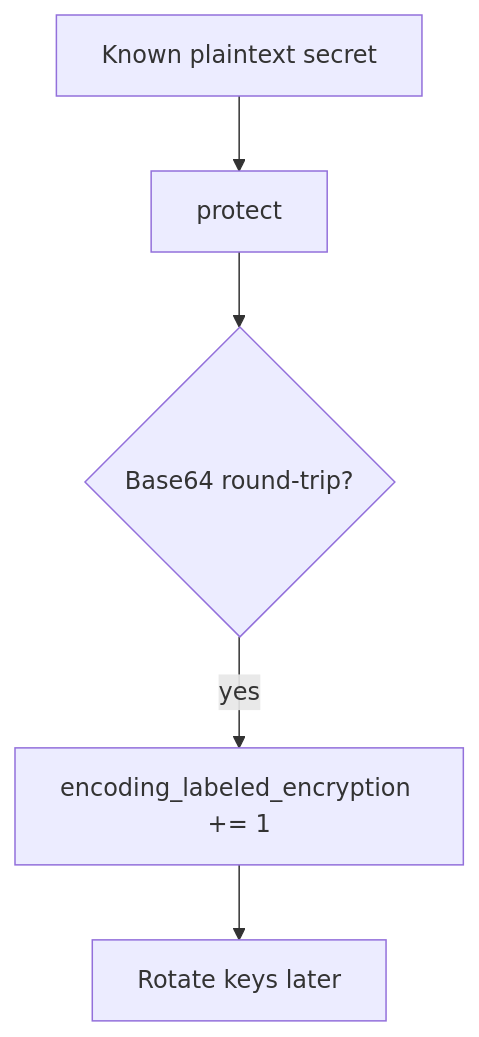
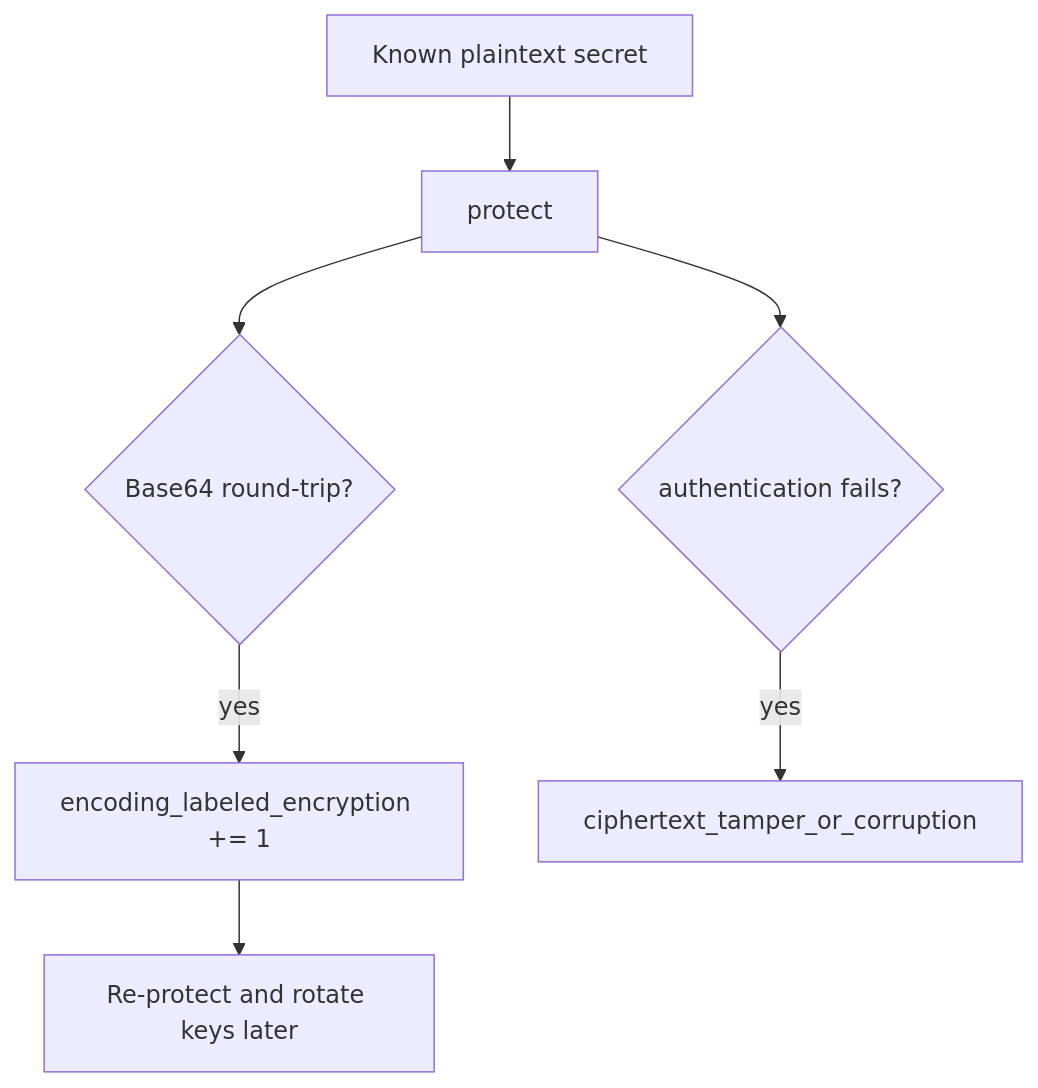
The diagram in content/modules/5/5.2/lessons/06-operate.md (ishitvagoel/LearnSecurity), drawn with Mermaid before and after one commit. The commit also changed other lines of this file and 86 other files, not shown here.

````diff
--- a/content/modules/5/5.2/lessons/06-operate.md
+++ b/content/modules/5/5.2/lessons/06-operate.md
@@ -16,7 +16,9 @@
 ```mermaid
 flowchart TD
   Sample[Known plaintext secret] --> Out[protect]
   Out --> B64{"Base64 round-trip?"}
   B64 -->|yes| Metric["encoding_labeled_encryption += 1"]
-  Metric --> Rotate[Rotate keys later]
+  Metric --> Rotate[Re-protect and rotate keys later]
+  Out --> Auth{"authentication fails?"}
+  Auth -->|yes| Alert["ciphertext_tamper_or_corruption"]
 ```
````
